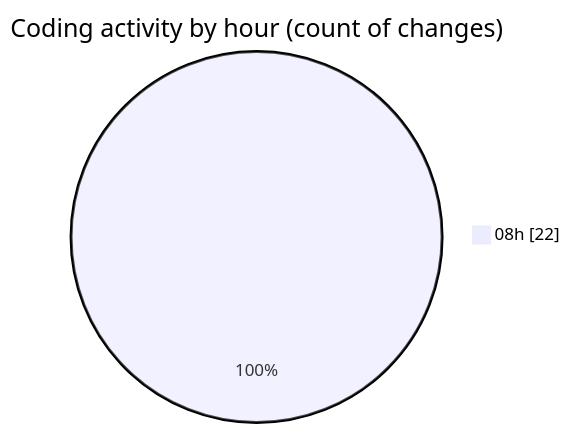
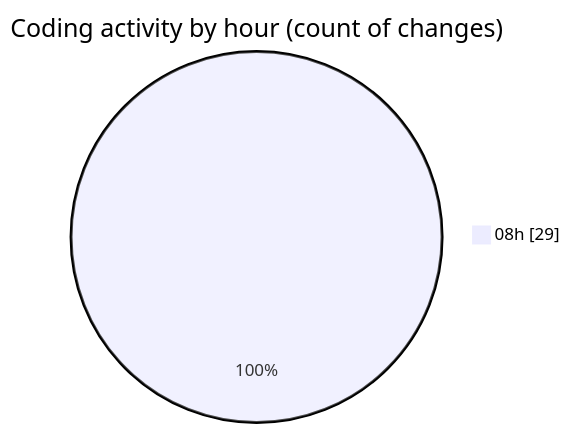
Before and after one commit to charlie-sans/code-tracking: the second of 2 diagrams in 2025-04-29/c-masm/README.md, drawn with Mermaid. The commit also changed other lines of this file and 1 other file, not shown here.

````diff
--- a/2025-04-29/c-masm/README.md
+++ b/2025-04-29/c-masm/README.md
@@ -37,5 +38,5 @@
 ```mermaid
 pie showData
 title Coding activity by hour (count of changes)
-"08h" : 22
+"08h" : 29
 ```
````
